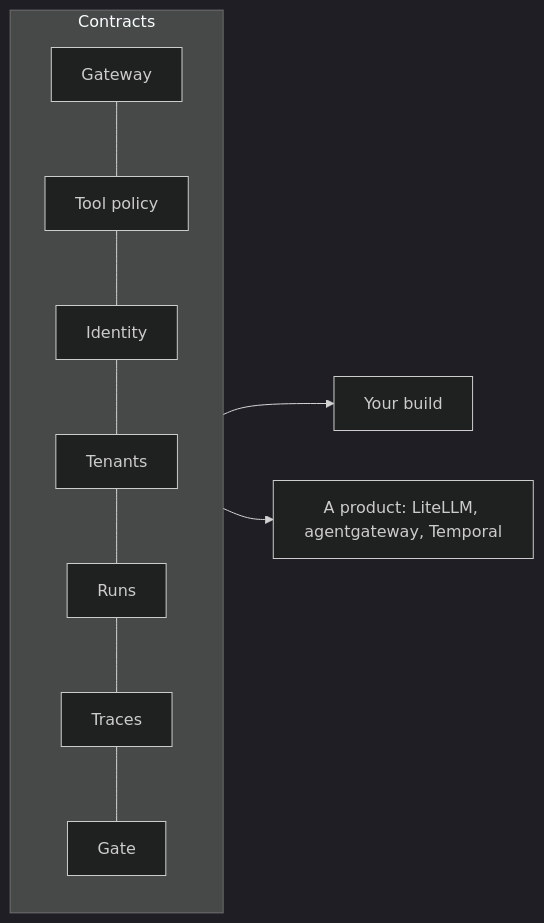
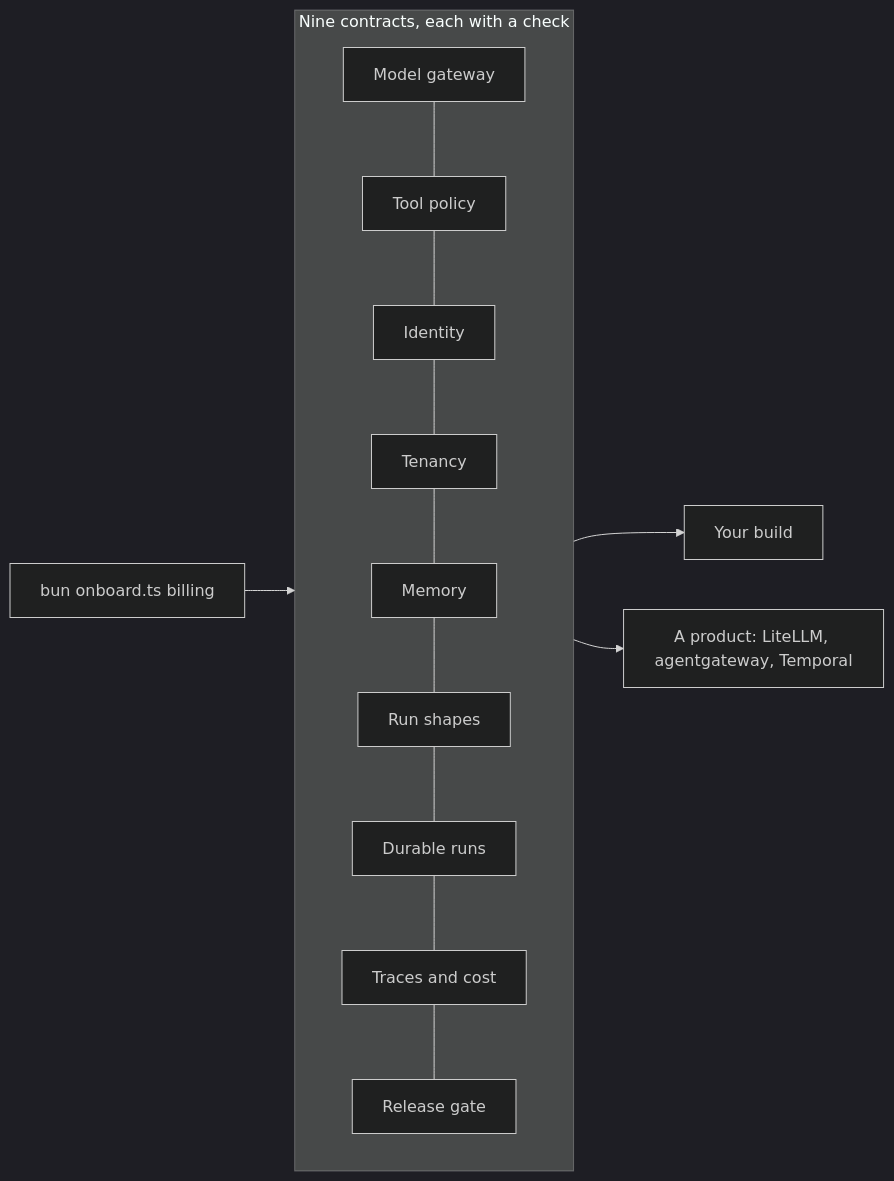
The diagram in parts/09-swap-and-review/README.md (learnwithparam/agentic-architecture), drawn with Mermaid (dark theme) before and after one commit. The commit also changed other lines of this file and 9 other files, not shown here.

````diff
--- a/parts/09-swap-and-review/README.md
+++ b/parts/09-swap-and-review/README.md
@@ -14,8 +17,10 @@
 ```mermaid
 flowchart LR
-  subgraph Contracts
-    L1[Gateway] --- L2[Tool policy] --- L3[Identity] --- L4[Tenants] --- L5[Runs] --- L6[Traces] --- L7[Gate]
+  subgraph Contracts[Nine contracts, each with a check]
+    L1[Model gateway] --- L2[Tool policy] --- L3[Identity] --- L4[Tenancy] --- L5[Memory]
+    L5 --- L6[Run shapes] --- L7[Durable runs] --- L8[Traces and cost] --- L9[Release gate]
   end
   Contracts --> O[Your build]
   Contracts --> P[A product: LiteLLM, agentgateway, Temporal]
+  N[bun onboard.ts billing] --> Contracts
 ```
````
